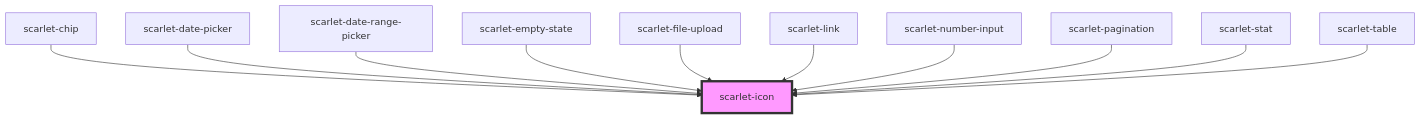
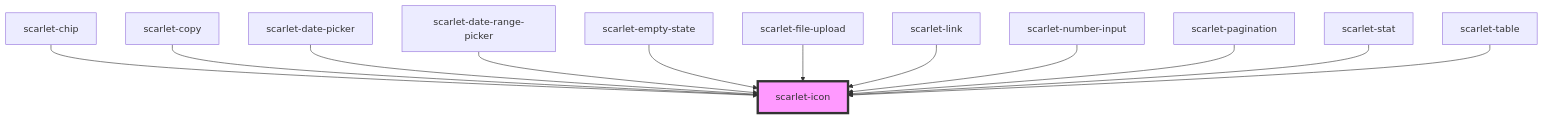
The diagram in src/components/foundation/scarlet-icon/readme.md (alexLaw10/scarlet-designer-system), drawn with Mermaid before and after one commit. The commit also changed other lines of this file and 9 other files, not shown here.

First line of the commit message:
feat(copy): novo componente scarlet-copy

````diff
--- a/src/components/foundation/scarlet-icon/readme.md
+++ b/src/components/foundation/scarlet-icon/readme.md
@@ -46,14 +47,15 @@
 ```mermaid
 graph TD;
   scarlet-chip --> scarlet-icon
+  scarlet-copy --> scarlet-icon
   scarlet-date-picker --> scarlet-icon
   scarlet-date-range-picker --> scarlet-icon
   scarlet-empty-state --> scarlet-icon
   scarlet-file-upload --> scarlet-icon
   scarlet-link --> scarlet-icon
   scarlet-number-input --> scarlet-icon
   scarlet-pagination --> scarlet-icon
   scarlet-stat --> scarlet-icon
   scarlet-table --> scarlet-icon
   style scarlet-icon fill:#f9f,stroke:#333,stroke-width:4px
 ```
````
